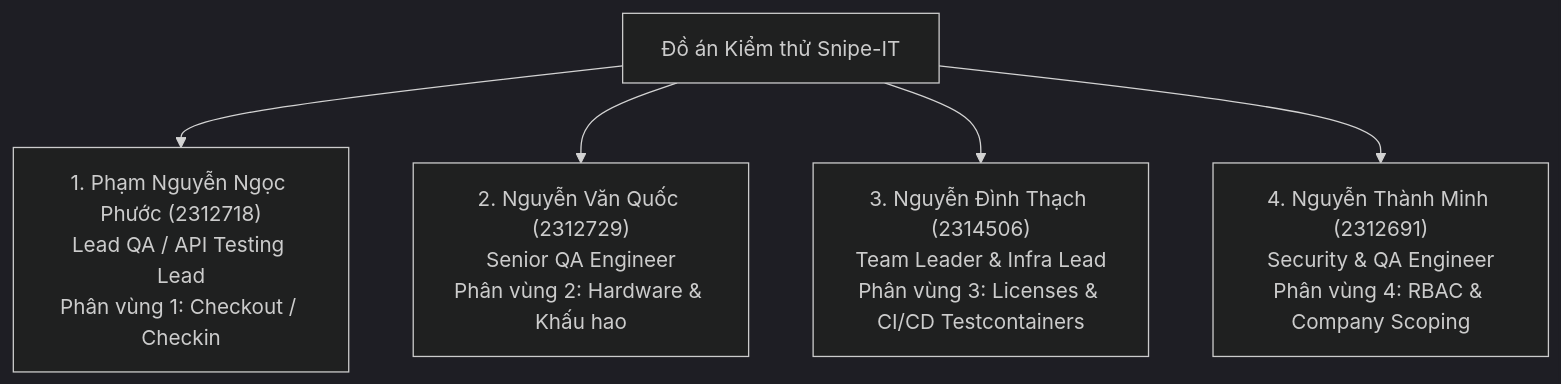
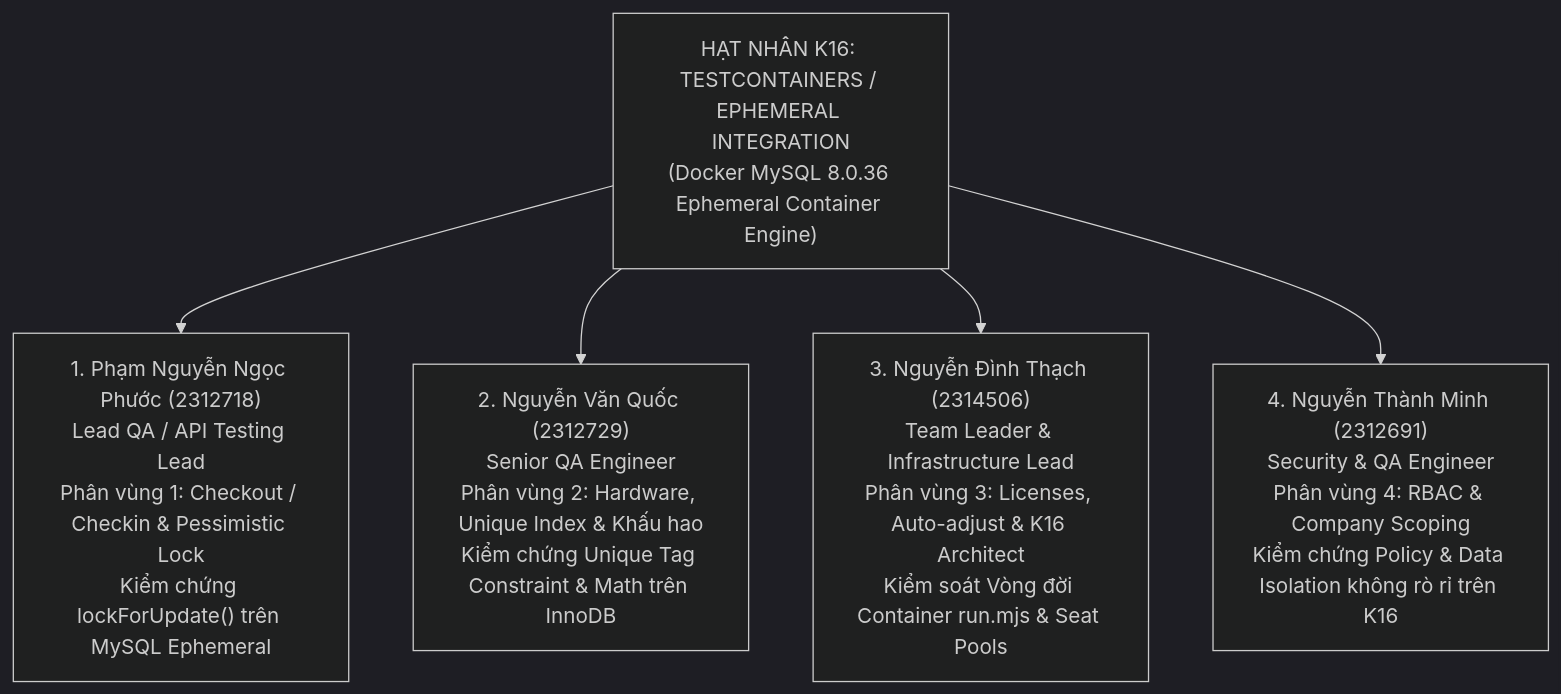
One commit to 2312729/Snipe-IT changed the first of 3 diagrams in README.md. Above: the diagram before and after it, drawn with Mermaid (dark theme). The commit also changed other lines of this file, not shown here.

````diff
--- a/README.md
+++ b/README.md
@@ -43,7 +55,12 @@
 ```mermaid
 graph TD
-    Project["Đồ án Kiểm thử Snipe-IT"] --> M1["1. Phạm Nguyễn Ngọc Phước (2312718)<br/>Lead QA / API Testing Lead<br/>Phân vùng 1: Checkout / Checkin"]
-    Project --> M2["2. Nguyễn Văn Quốc (2312729)<br/>Senior QA Engineer<br/>Phân vùng 2: Hardware & Khấu hao"]
-    Project --> M3["3. Nguyễn Đình Thạch (2314506)<br/>Team Leader & Infra Lead<br/>Phân vùng 3: Licenses & CI/CD Testcontainers"]
-    Project --> M4["4. Nguyễn Thành Minh (2312691)<br/>Security & QA Engineer<br/>Phân vùng 4: RBAC & Company Scoping"]
+    K16Core["HẠT NHÂN K16: TESTCONTAINERS / EPHEMERAL INTEGRATION<br/>(Docker MySQL 8.0.36 Ephemeral Container Engine)"]
+
+    K16Core --> M1["1. Phạm Nguyễn Ngọc Phước (2312718)<br/>Lead QA / API Testing Lead<br/>Phân vùng 1: Checkout / Checkin & Pessimistic Lock<br/>Kiểm chứng lockForUpdate() trên MySQL Ephemeral"]
+    
+    K16Core --> M2["2. Nguyễn Văn Quốc (2312729)<br/>Senior QA Engineer<br/>Phân vùng 2: Hardware, Unique Index & Khấu hao<br/>Kiểm chứng Unique Tag Constraint & Math trên InnoDB"]
+    
+    K16Core --> M3["3. Nguyễn Đình Thạch (2314506)<br/>Team Leader & Infrastructure Lead<br/>Phân vùng 3: Licenses, Auto-adjust & K16 Architect<br/>Kiểm soát Vòng đời Container run.mjs & Seat Pools"]
+    
+    K16Core --> M4["4. Nguyễn Thành Minh (2312691)<br/>Security & QA Engineer<br/>Phân vùng 4: RBAC & Company Scoping<br/>Kiểm chứng Policy & Data Isolation không rò rỉ trên K16"]
 ```
````
